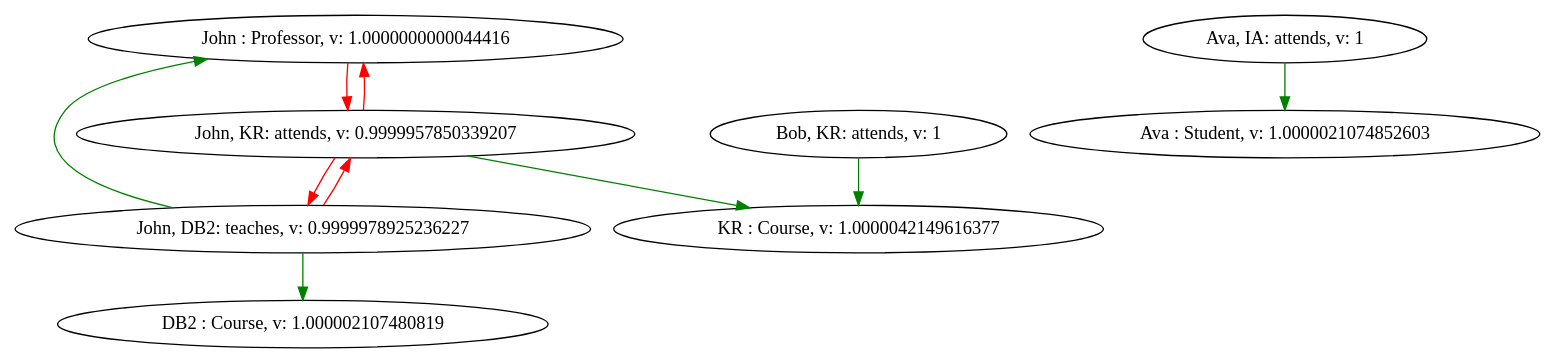
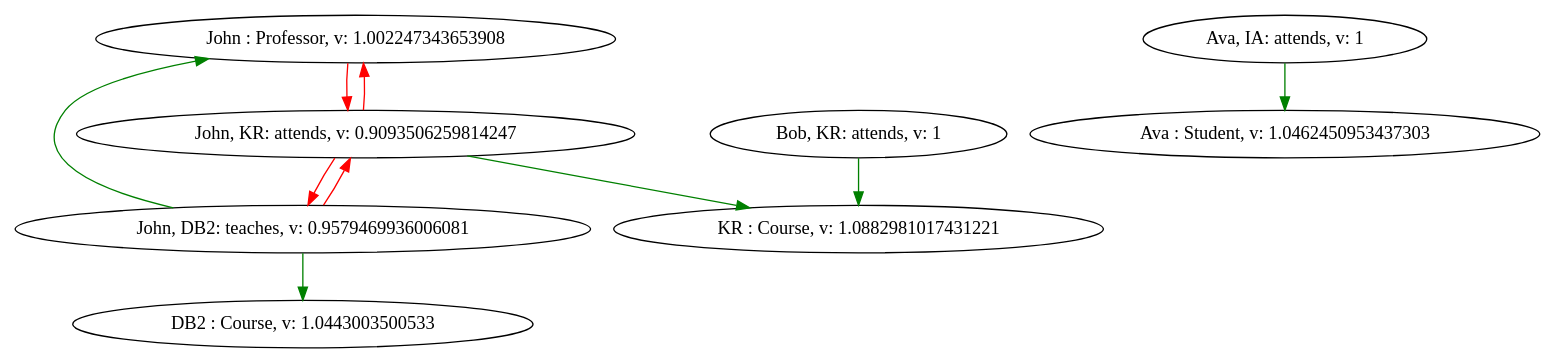
One commit to hatellezp/rustoner changed the diagram in examples/university_abox_conflict_graph.dot. Above: the diagram before and after it, drawn with Graphviz. The commit also changed 6 other files, not shown here.

```diff
--- a/examples/university_abox_conflict_graph.dot
+++ b/examples/university_abox_conflict_graph.dot
@@ -1,19 +1,19 @@
 digraph {
-    0 [ label = "John : Professor, v: 1.0000000000044416" ]
-    1 [ label = "Ava : Student, v: 1.0000021074852603" ]
-    2 [ label = "DB2 : Course, v: 1.000002107480819" ]
-    3 [ label = "KR : Course, v: 1.0000042149616377" ]
-    4 [ label = "John, DB2: teaches, v: 0.9999978925236227" ]
-    5 [ label = "John, KR: attends, v: 0.9999957850339207" ]
+    0 [ label = "John : Professor, v: 1.002247343653908" ]
+    1 [ label = "Ava : Student, v: 1.0462450953437303" ]
+    2 [ label = "DB2 : Course, v: 1.0443003500533" ]
+    3 [ label = "KR : Course, v: 1.0882981017431221" ]
+    4 [ label = "John, DB2: teaches, v: 0.9579469936006081" ]
+    5 [ label = "John, KR: attends, v: 0.9093506259814247" ]
     6 [ label = "Ava, IA: attends, v: 1" ]
     7 [ label = "Bob, KR: attends, v: 1" ]
     4 -> 0 [ color="green"]
     5 -> 0 [ color="red"]
     6 -> 1 [ color="green"]
     4 -> 2 [ color="green"]
     5 -> 3 [ color="green"]
     7 -> 3 [ color="green"]
     5 -> 4 [ color="red"]
     0 -> 5 [ color="red"]
     4 -> 5 [ color="red"]
 }
```
